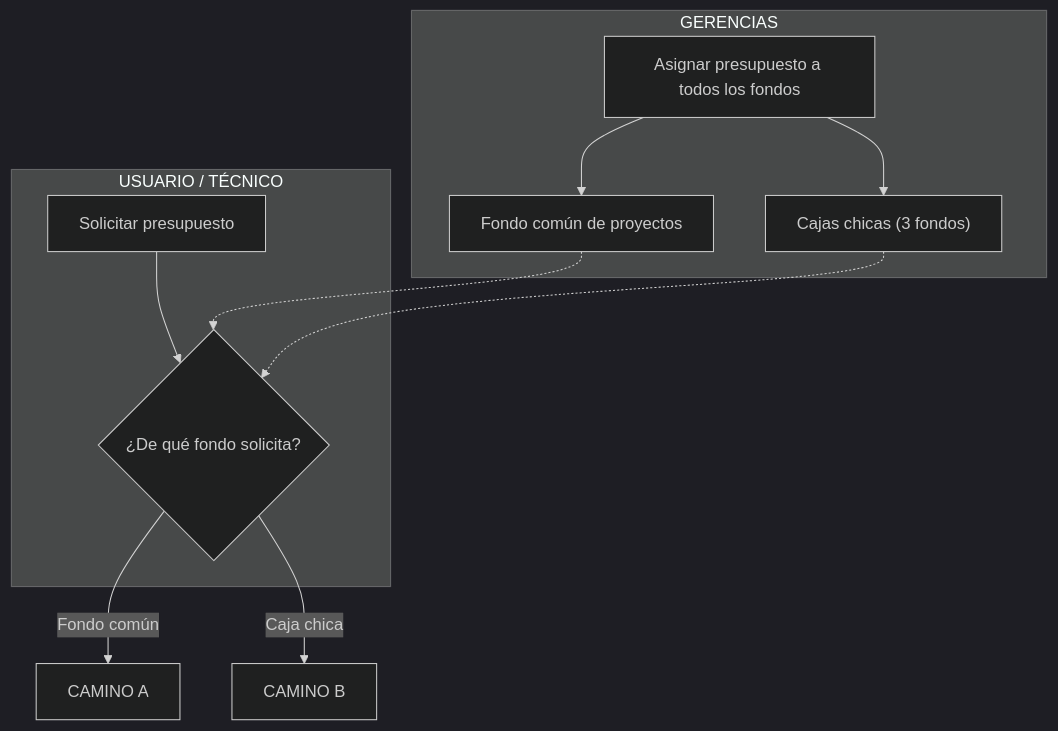
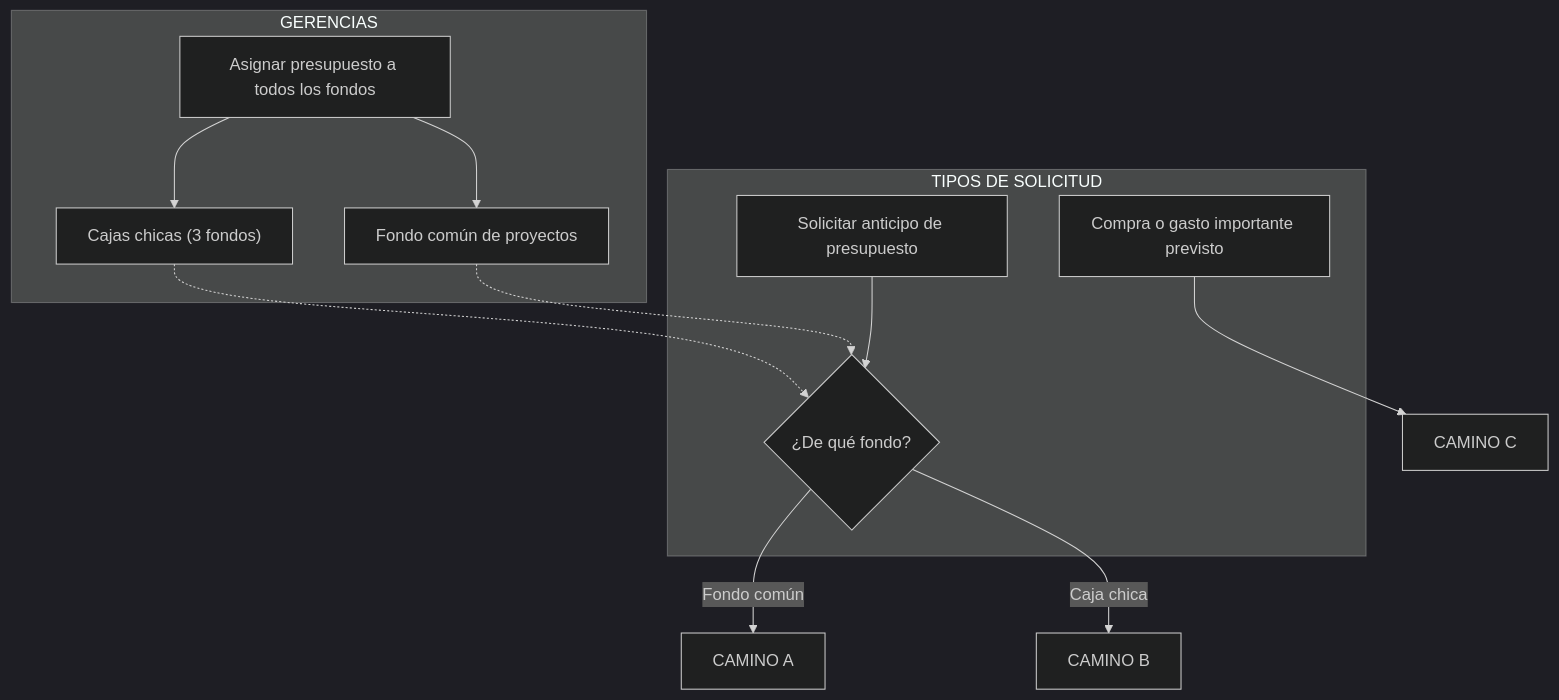
Before and after one commit to Witch19/Prueba: the first of 4 diagrams in docs/flujograma-presupuesto.md, drawn with Mermaid (dark theme). The commit also changed other lines of this file and 4 other files, not shown here.

First line of the commit message:
docs: agregar Camino C de compra/gasto importante previsto

````diff
--- a/docs/flujograma-presupuesto.md
+++ b/docs/flujograma-presupuesto.md
@@ -11,21 +12,23 @@
 ```mermaid
 flowchart TB
     subgraph GERENCIAS["GERENCIAS"]
         G1["Asignar presupuesto a todos los fondos"]
         G2["Fondo común de proyectos"]
         G3["Cajas chicas (3 fondos)"]
         G1 --> G2
         G1 --> G3
     end
 
-    subgraph USUARIO["USUARIO / TÉCNICO"]
-        U1["Solicitar presupuesto"]
-        U2{"¿De qué fondo solicita?"}
+    subgraph ENTRADA["TIPOS DE SOLICITUD"]
+        U1["Solicitar anticipo de presupuesto"]
+        U2{"¿De qué fondo?"}
+        U3["Compra o gasto importante previsto"]
         U1 --> U2
     end
 
     G2 -.-> U2
     G3 -.-> U2
     U2 -->|"Fondo común"| FC["CAMINO A"]
     U2 -->|"Caja chica"| CC["CAMINO B"]
+    U3 --> CG["CAMINO C"]
 ```
````
